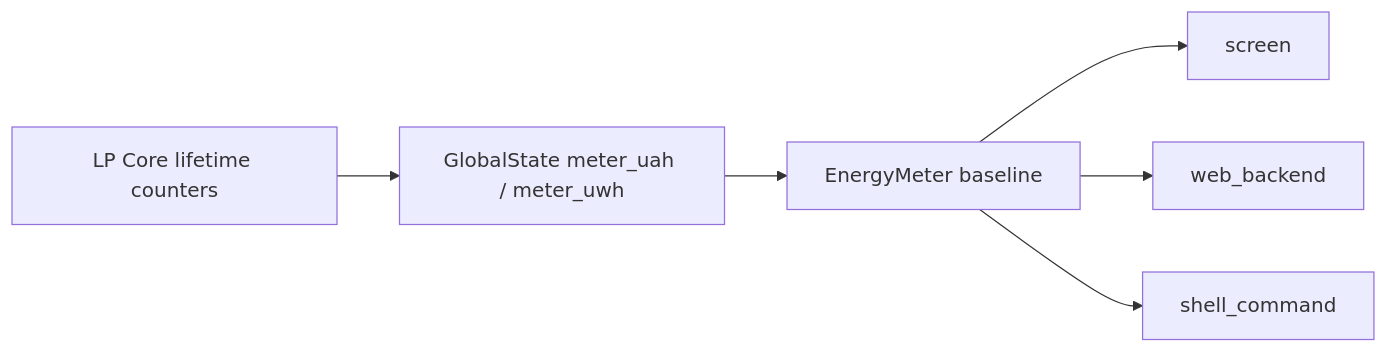
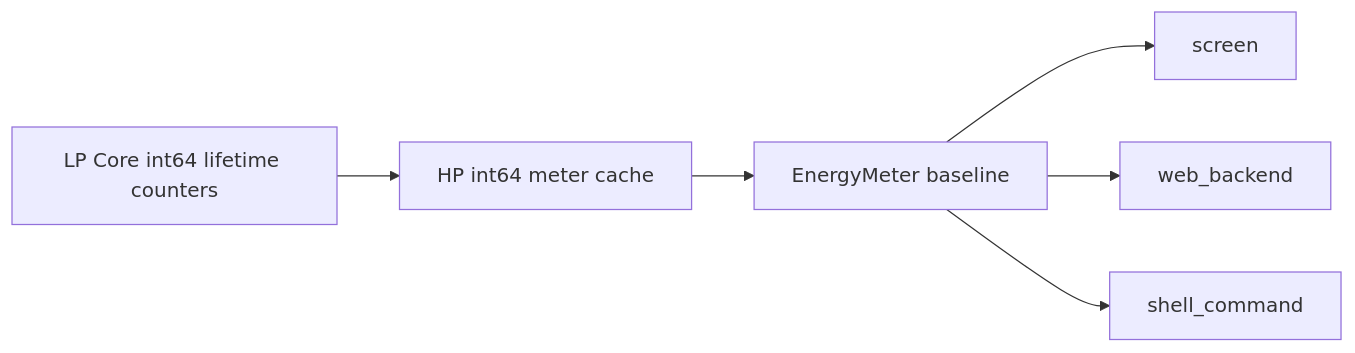
Before and after one commit to qingmeijiupiao/Wireless_power_meter_lite: the diagram in components/middleware/energy_meter/README.md, drawn with Mermaid. The commit also changed 19 other files, not shown here.

````diff
--- a/components/middleware/energy_meter/README.md
+++ b/components/middleware/energy_meter/README.md
@@ -22,8 +22,8 @@
 ```mermaid
 flowchart LR
-    LP["LP Core lifetime counters"] --> GS["GlobalState meter_uah / meter_uwh"]
-    GS --> Meter["EnergyMeter baseline"]
+    LP["LP Core int64 lifetime counters"] --> Cache["HP int64 meter cache"]
+    Cache --> Meter["EnergyMeter baseline"]
     Meter --> Screen["screen"]
     Meter --> Web["web_backend"]
     Meter --> Shell["shell_command"]
 ```
````
